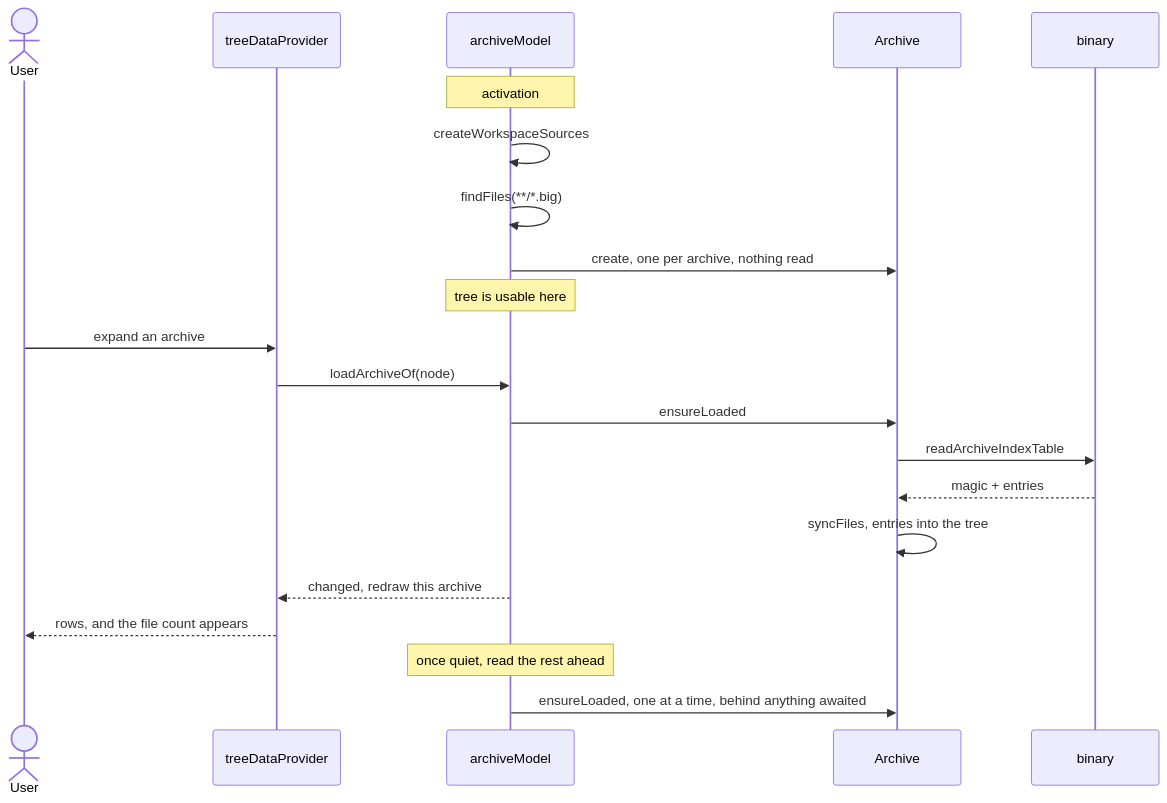
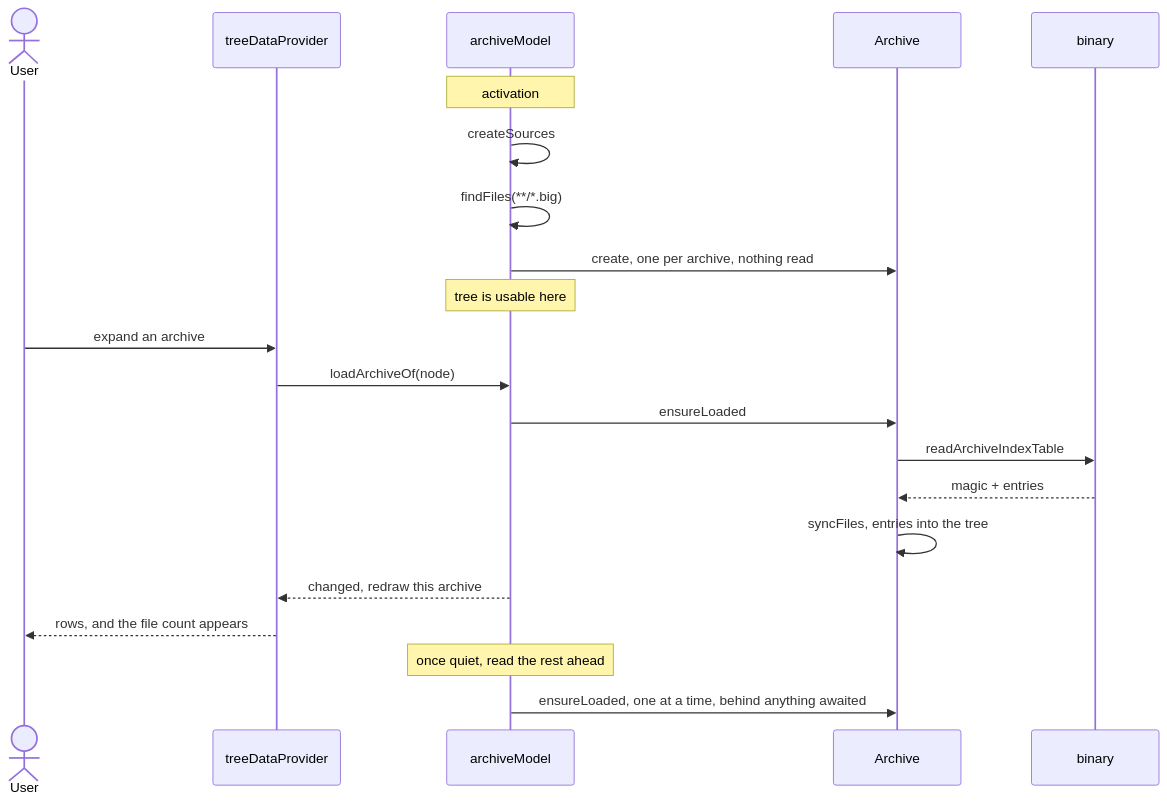
One commit to max-bronner/bigfs changed the fourth of 6 diagrams in docs/architecture.md. Above: the diagram before and after it, drawn with Mermaid. The commit also changed other lines of this file and 1 other file, not shown here.

First line of the commit message:
docs: bring the architecture guide up to the current source layers

````diff
--- a/docs/architecture.md
+++ b/docs/architecture.md
@@ -224,26 +228,26 @@
 ```mermaid
 sequenceDiagram
   actor U as User
   participant TV as treeDataProvider
   participant AM as archiveModel
   participant AR as Archive
   participant BIN as binary
 
   Note over AM: activation
-  AM->>AM: createWorkspaceSources
+  AM->>AM: createSources
   AM->>AM: findFiles(**/*.big)
   AM->>AR: create, one per archive, nothing read
   Note over AM: tree is usable here
 
   U->>TV: expand an archive
   TV->>AM: loadArchiveOf(node)
   AM->>AR: ensureLoaded
   AR->>BIN: readArchiveIndexTable
   BIN-->>AR: magic + entries
   AR->>AR: syncFiles, entries into the tree
   AM-->>TV: changed, redraw this archive
   TV-->>U: rows, and the file count appears
 
   Note over AM: once quiet, read the rest ahead
   AM->>AR: ensureLoaded, one at a time, behind anything awaited
 ```
````
